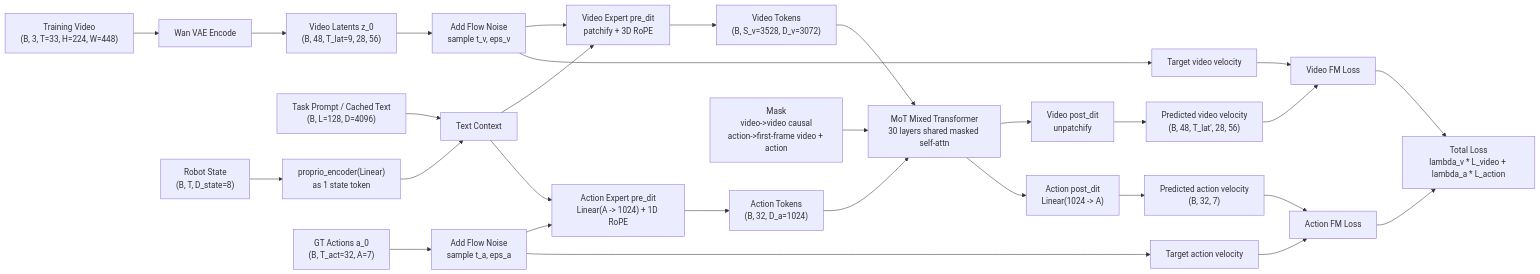
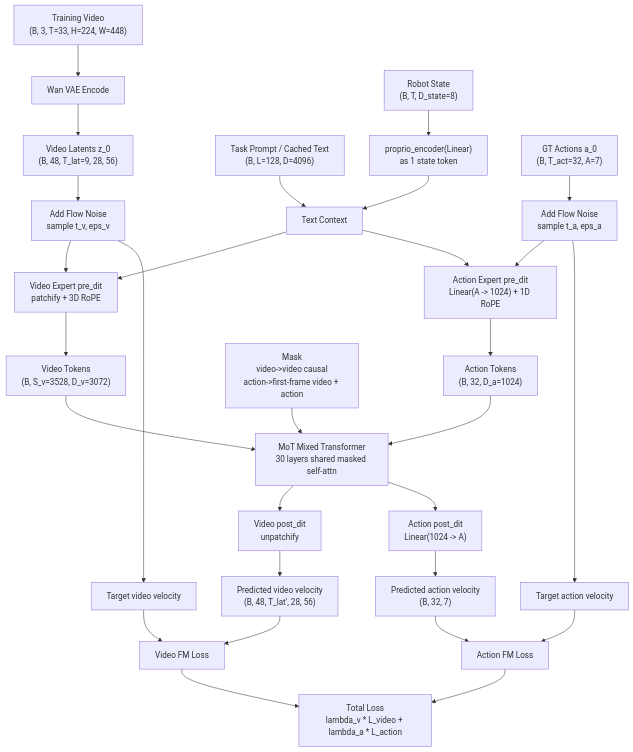
One commit to julyfun/how-to changed the first of 5 diagrams in papers/papers-batch-1.md. Above: the diagram before and after it, drawn with Mermaid. The commit also changed other lines of this file and 1 other file, not shown here.

````diff
--- a/papers/papers-batch-1.md
+++ b/papers/papers-batch-1.md
@@ -33,36 +33,36 @@
 ```mermaid
-flowchart LR
+flowchart TD
     video["Training Video<br/>(B, 3, T=33, H=224, W=448)"] --> vae["Wan VAE Encode"]
     vae --> z0["Video Latents z_0<br/>(B, 48, T_lat=9, 28, 56)"]
     z0 --> zv["Add Flow Noise<br/>sample t_v, eps_v"]
     zv --> vpre["Video Expert pre_dit<br/>patchify + 3D RoPE"]
 
     prompt["Task Prompt / Cached Text<br/>(B, L=128, D=4096)"] --> ctx["Text Context"]
     state["Robot State<br/>(B, T, D_state=8)"] --> prop["proprio_encoder(Linear)<br/>as 1 state token"]
     prop --> ctx
     ctx --> vpre
 
     action["GT Actions a_0<br/>(B, T_act=32, A=7)"] --> za["Add Flow Noise<br/>sample t_a, eps_a"]
     za --> apre["Action Expert pre_dit<br/>Linear(A -> 1024) + 1D RoPE"]
     ctx --> apre
 
     vpre --> vt["Video Tokens<br/>(B, S_v=3528, D_v=3072)"]
     apre --> at["Action Tokens<br/>(B, 32, D_a=1024)"]
     vt --> mot["MoT Mixed Transformer<br/>30 layers shared masked self-attn"]
     at --> mot
     mask["Mask<br/>video->video causal<br/>action->first-frame video + action"] --> mot
 
     mot --> vpost["Video post_dit<br/>unpatchify"]
     mot --> apost["Action post_dit<br/>Linear(1024 -> A)"]
     vpost --> pv["Predicted video velocity<br/>(B, 48, T_lat', 28, 56)"]
     apost --> pa["Predicted action velocity<br/>(B, 32, 7)"]
 
     zv --> vtgt["Target video velocity"]
     za --> atgt["Target action velocity"]
     pv --> vloss["Video FM Loss"]
     vtgt --> vloss
     pa --> aloss["Action FM Loss"]
     atgt --> aloss
     vloss --> total["Total Loss<br/>lambda_v * L_video + lambda_a * L_action"]
     aloss --> total
 ```
````
